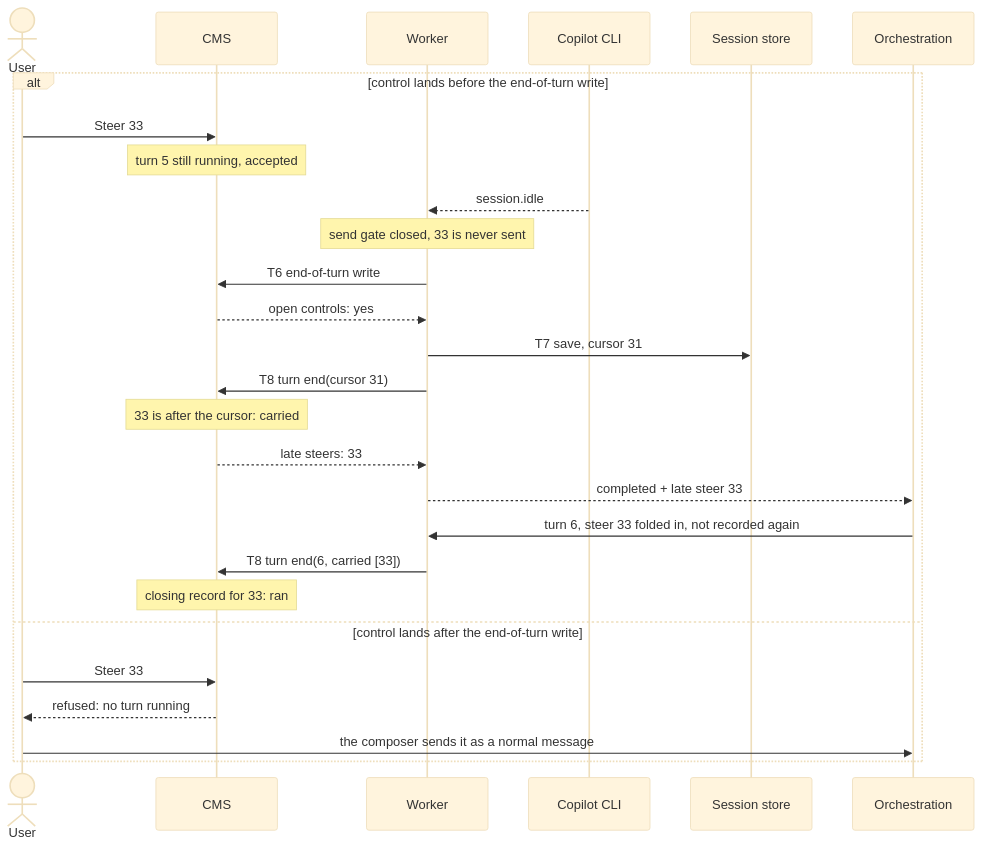
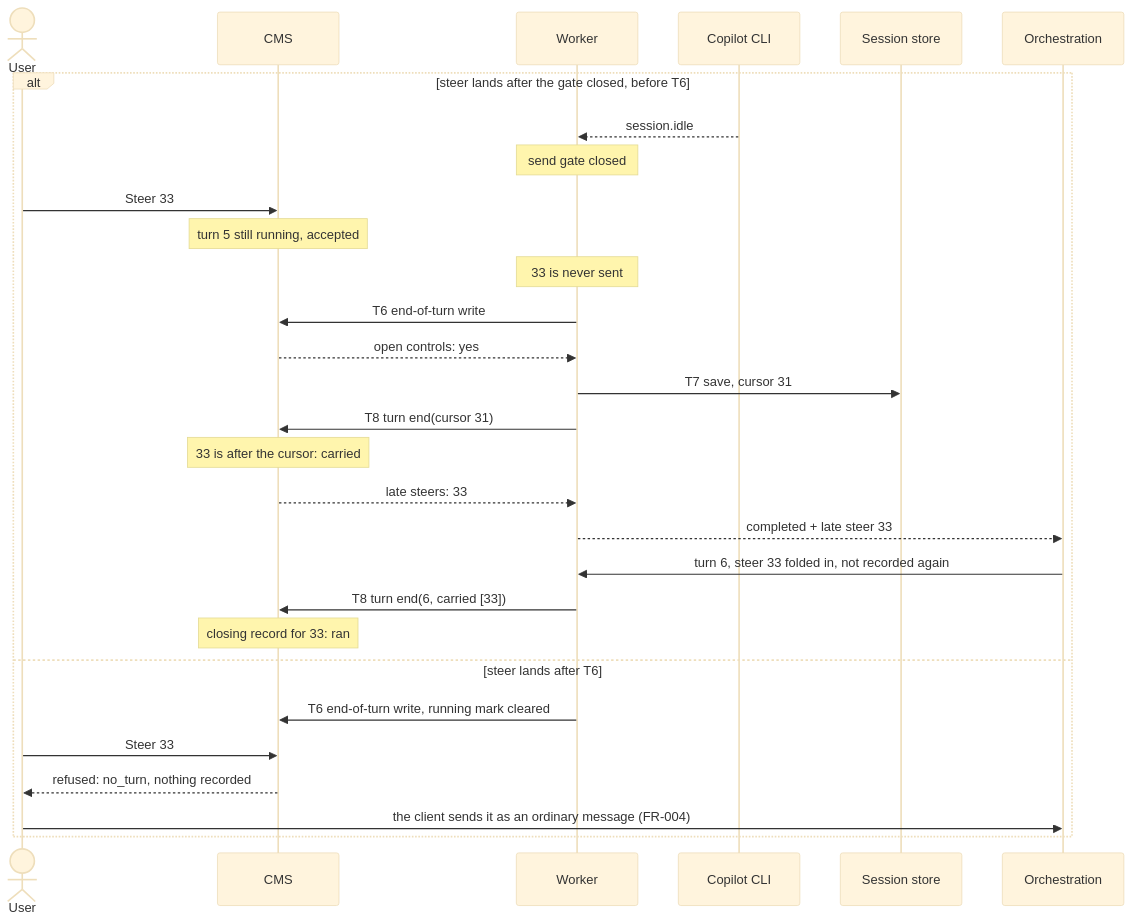
One commit to microsoft/PilotSwarm changed the fifth of 13 diagrams in docs/proposals/session-turn-control.md. Above: the diagram before and after it, drawn with Mermaid (base theme). The commit also changed other lines of this file, not shown here.

Commit message:
docs(turn-control): revision 6 after A5 and A6 (as built)

````diff
--- a/docs/proposals/session-turn-control.md
+++ b/docs/proposals/session-turn-control.md
@@ -321,29 +335,31 @@
 ```mermaid
 sequenceDiagram
     actor U as User
     participant DB as CMS
     participant W as Worker
     participant C as Copilot CLI
     participant S as Session store
     participant O as Orchestration
-    alt control lands before the end-of-turn write
+    alt steer lands after the gate closed, before T6
+        C-->>W: session.idle
+        Note over W: send gate closed
         U->>DB: Steer 33
         Note over DB: turn 5 still running, accepted
-        C-->>W: session.idle
-        Note over W: send gate closed, 33 is never sent
+        Note over W: 33 is never sent
         W->>DB: T6 end-of-turn write
         DB-->>W: open controls: yes
         W->>S: T7 save, cursor 31
         W->>DB: T8 turn end(cursor 31)
         Note over DB: 33 is after the cursor: carried
         DB-->>W: late steers: 33
         W-->>O: completed + late steer 33
         O->>W: turn 6, steer 33 folded in, not recorded again
         W->>DB: T8 turn end(6, carried [33])
         Note over DB: closing record for 33: ran
-    else control lands after the end-of-turn write
+    else steer lands after T6
+        W->>DB: T6 end-of-turn write, running mark cleared
         U->>DB: Steer 33
-        DB-->>U: refused: no turn running
-        U->>O: the composer sends it as a normal message
+        DB-->>U: refused: no_turn, nothing recorded
+        U->>O: the client sends it as an ordinary message (FR-004)
     end
 ```
````
